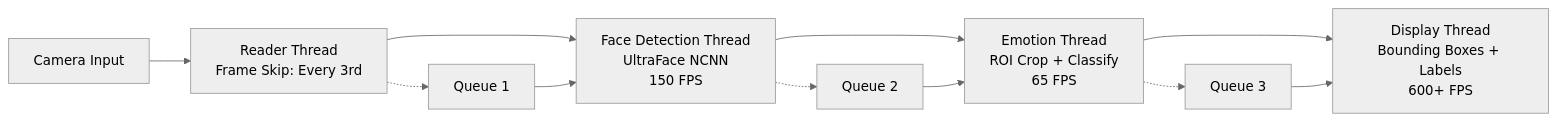
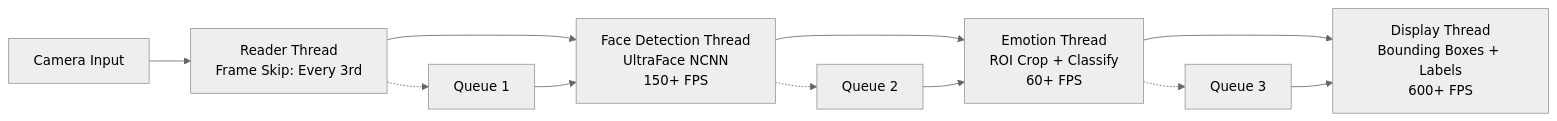
One commit to fw7th/emotion changed the diagram in README.md. Above: the diagram before and after it, drawn with Mermaid (neutral theme). The commit also changed other lines of this file, not shown here.

````diff
--- a/README.md
+++ b/README.md
@@ -36,14 +36,14 @@
 ```mermaid
 graph LR
     A[Camera Input] --> B[Reader Thread<br/>Frame Skip: Every 3rd]
-    B --> C[Face Detection Thread<br/>UltraFace NCNN<br/>150 FPS]
-    C --> D[Emotion Thread<br/>ROI Crop + Classify<br/>65 FPS]
+    B --> C[Face Detection Thread<br/>UltraFace NCNN<br/>150+ FPS]
+    C --> D[Emotion Thread<br/>ROI Crop + Classify<br/>60+ FPS]
     D --> E[Display Thread<br/>Bounding Boxes + Labels<br/>600+ FPS]
     
     B -.-> F[Queue 1]
     C -.-> G[Queue 2] 
     D -.-> H[Queue 3]
     F --> C
     G --> D
     H --> E
 ```
````
